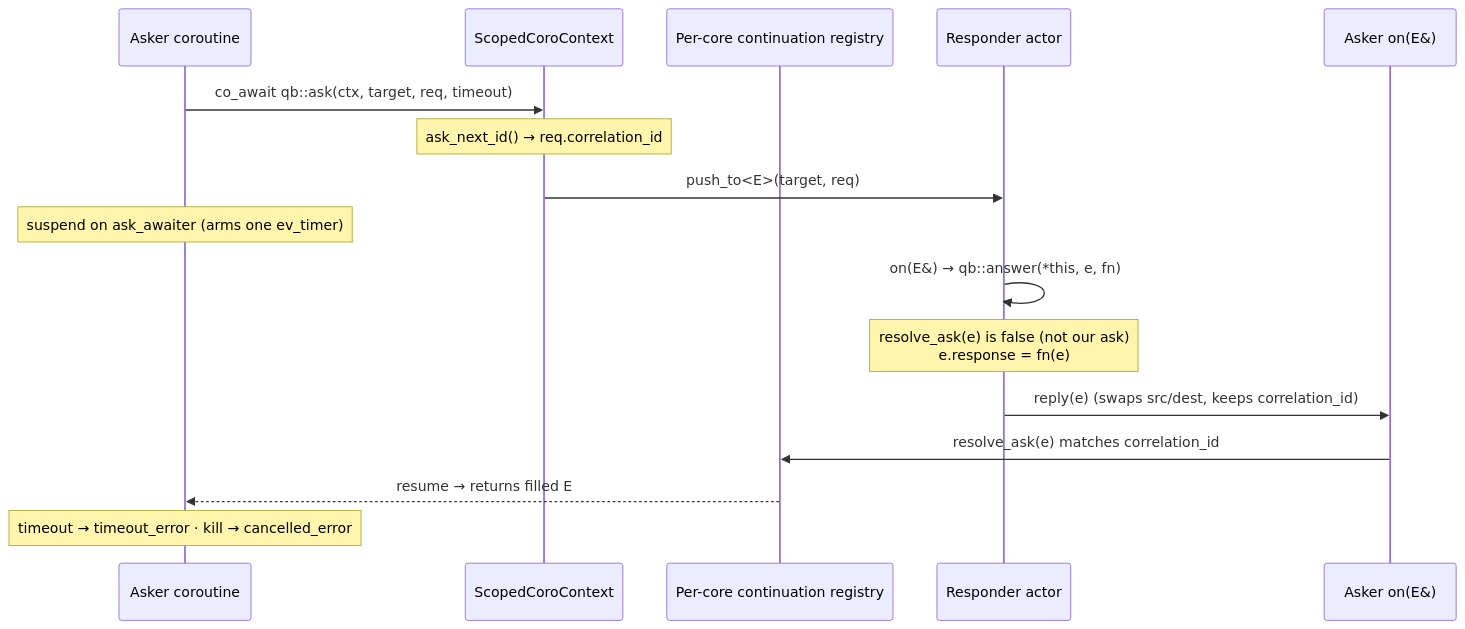
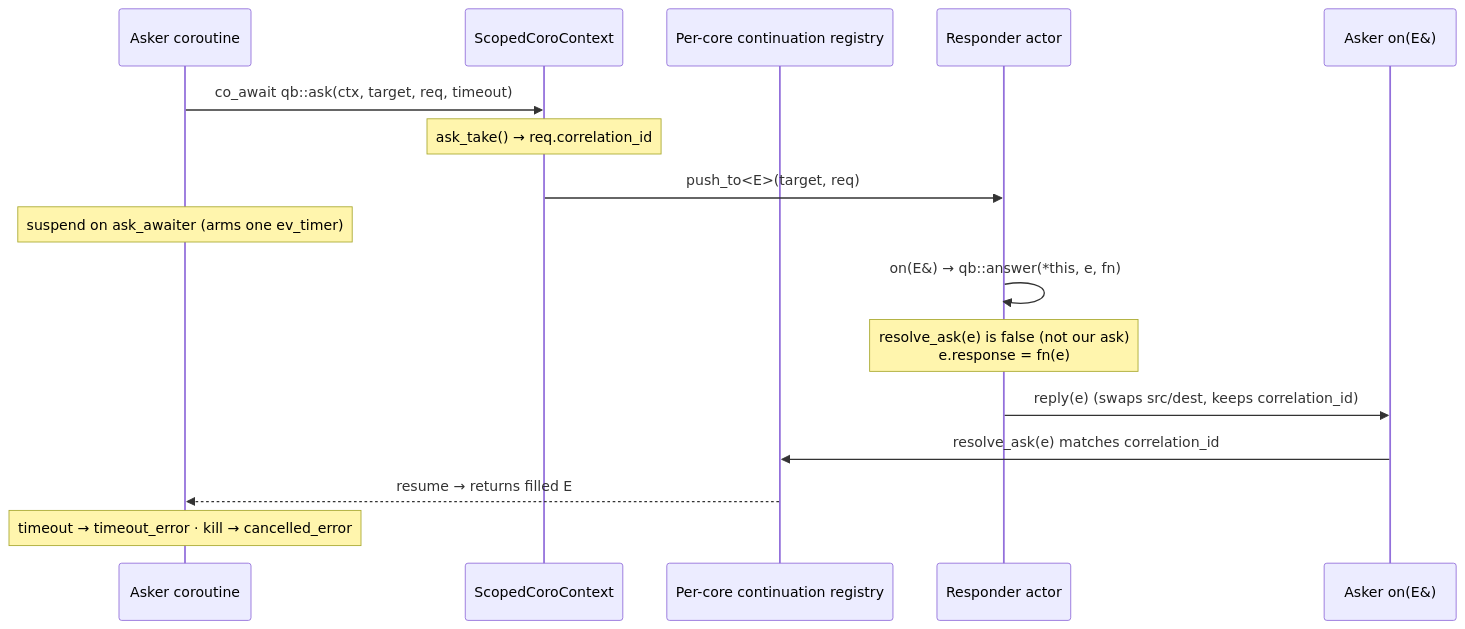
One commit to isndev/qb changed the first of 2 diagrams in readme/4_qb_core/patterns_library.md. Above: the diagram before and after it, drawn with Mermaid. The commit also changed 6 other files, not shown here.

````diff
--- a/readme/4_qb_core/patterns_library.md
+++ b/readme/4_qb_core/patterns_library.md
@@ -192,19 +192,19 @@
 ```mermaid
 sequenceDiagram
     participant Co as Asker coroutine
     participant Ctx as ScopedCoroContext
     participant Reg as Per-core continuation registry
     participant R as Responder actor
     participant H as Asker on(E&)
 
     Co->>Ctx: co_await qb::ask(ctx, target, req, timeout)
-    Note over Ctx: ask_next_id() → req.correlation_id
+    Note over Ctx: ask_take() → req.correlation_id
     Ctx->>R: push_to<E>(target, req)
     Note over Co: suspend on ask_awaiter (arms one ev_timer)
     R->>R: on(E&) → qb::answer(*this, e, fn)
     Note over R: resolve_ask(e) is false (not our ask)<br/>e.response = fn(e)
     R->>H: reply(e)  (swaps src/dest, keeps correlation_id)
     H->>Reg: resolve_ask(e) matches correlation_id
     Reg-->>Co: resume → returns filled E
     Note over Co: timeout → timeout_error · kill → cancelled_error
 ```
````
